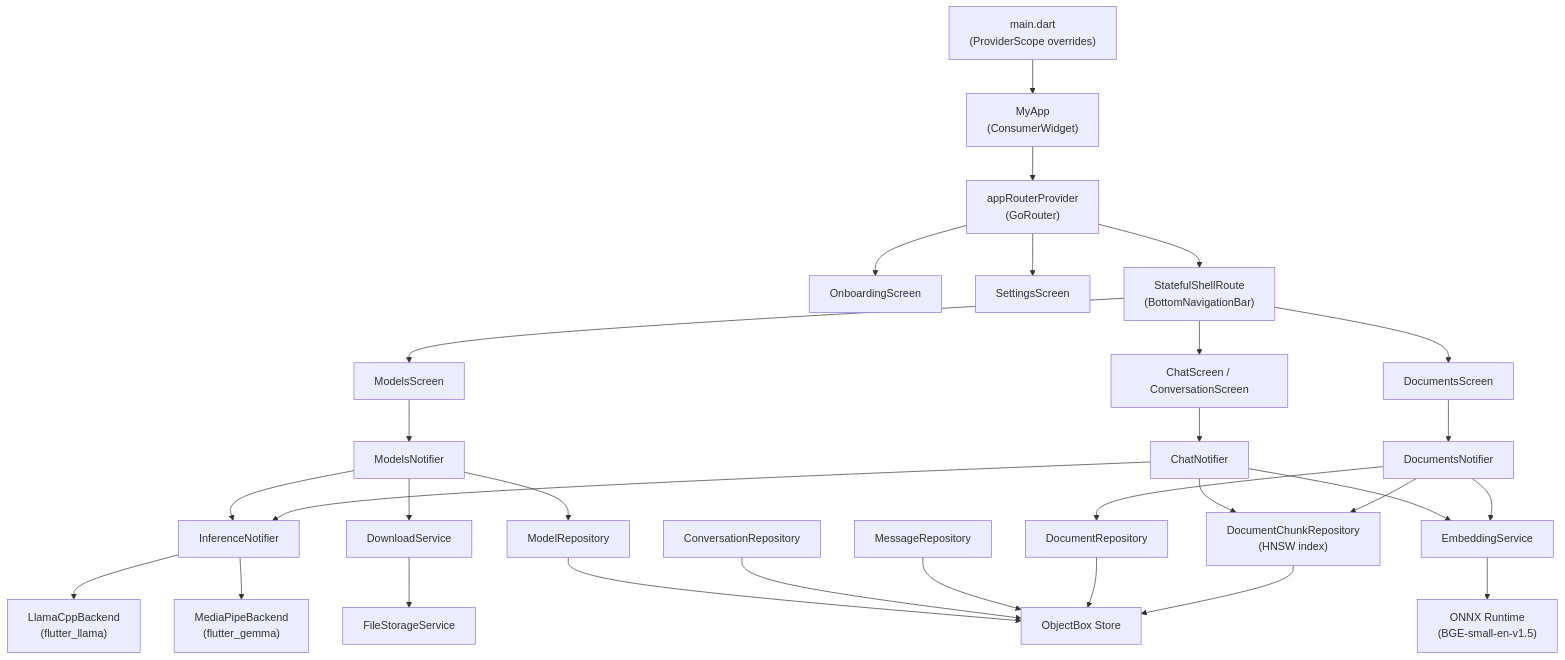
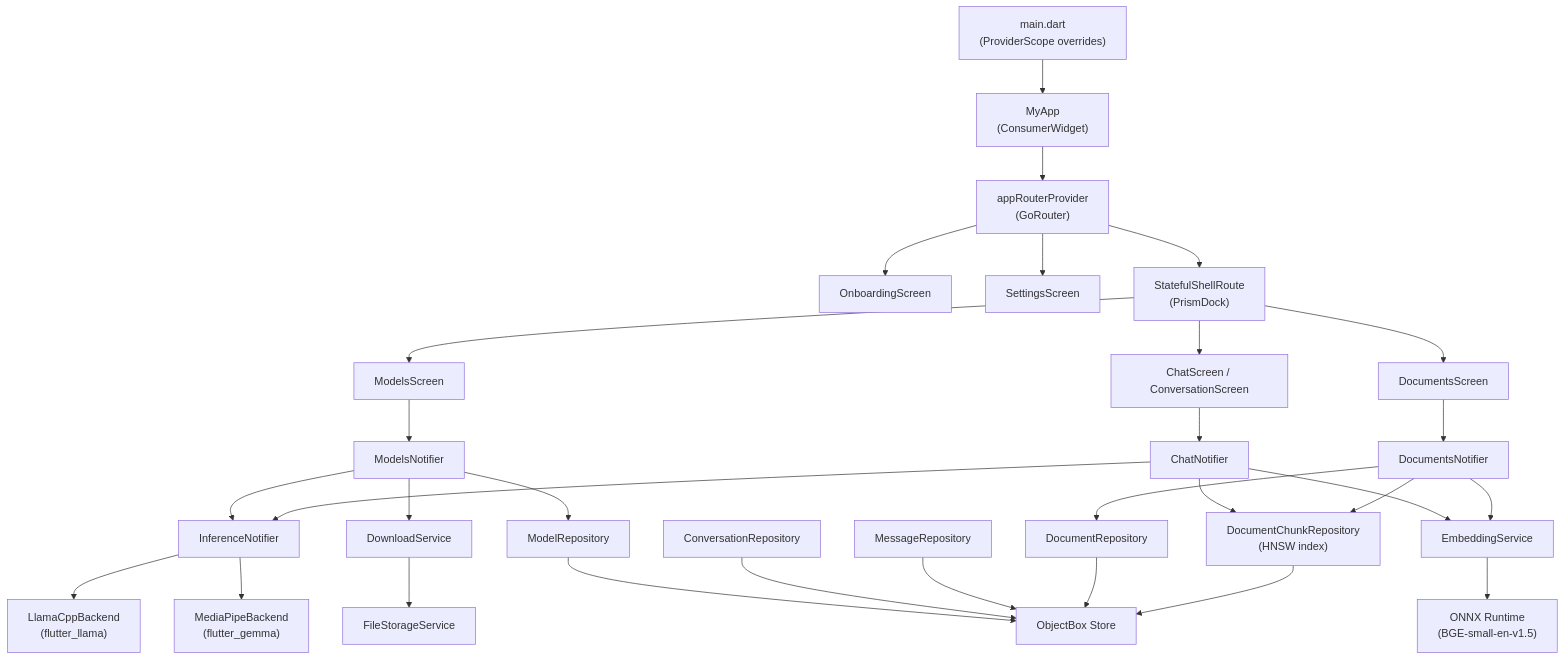
One commit to ItsPriyamSri/loxi_llm changed the first of 8 diagrams in docs/PROJECT.md. Above: the diagram before and after it, drawn with Mermaid. The commit also changed other lines of this file and 2 other files, not shown here.

First line of the commit message:
Document the Prism Relay polish pass

````diff
--- a/docs/PROJECT.md
+++ b/docs/PROJECT.md
@@ -43,65 +43,65 @@
 ```mermaid
 graph TD
     MAIN["main.dart\n(ProviderScope overrides)"]
     APP["MyApp\n(ConsumerWidget)"]
     ROUTER["appRouterProvider\n(GoRouter)"]
     ONBOARD["OnboardingScreen"]
     SETTINGS["SettingsScreen"]
-    SHELL["StatefulShellRoute\n(BottomNavigationBar)"]
+    SHELL["StatefulShellRoute\n(PrismDock)"]
     MODELS["ModelsScreen"]
     CHAT["ChatScreen / ConversationScreen"]
     DOCS["DocumentsScreen"]
 
     MODELS_N["ModelsNotifier"]
     CHAT_N["ChatNotifier"]
     DOCS_N["DocumentsNotifier"]
     INF_N["InferenceNotifier"]
     EMB_S["EmbeddingService"]
     DL_S["DownloadService"]
     FS_S["FileStorageService"]
 
     OBX["ObjectBox Store"]
     MODEL_REPO["ModelRepository"]
     CONV_REPO["ConversationRepository"]
     MSG_REPO["MessageRepository"]
     DOC_REPO["DocumentRepository"]
     CHUNK_REPO["DocumentChunkRepository\n(HNSW index)"]
 
     LLAMA["LlamaCppBackend\n(flutter_llama)"]
     MEDI["MediaPipeBackend\n(flutter_gemma)"]
     ONNX["ONNX Runtime\n(BGE-small-en-v1.5)"]
 
     MAIN --> APP
     APP --> ROUTER
     ROUTER --> ONBOARD
     ROUTER --> SETTINGS
     ROUTER --> SHELL
     SHELL --> MODELS
     SHELL --> CHAT
     SHELL --> DOCS
 
     MODELS --> MODELS_N
     CHAT --> CHAT_N
     DOCS --> DOCS_N
 
     MODELS_N --> INF_N
     MODELS_N --> DL_S
     MODELS_N --> MODEL_REPO
     CHAT_N --> INF_N
     CHAT_N --> EMB_S
     CHAT_N --> CHUNK_REPO
     DOCS_N --> EMB_S
     DOCS_N --> DOC_REPO
     DOCS_N --> CHUNK_REPO
 
     INF_N --> LLAMA
     INF_N --> MEDI
     EMB_S --> ONNX
     DL_S --> FS_S
 
     MODEL_REPO --> OBX
     CONV_REPO --> OBX
     MSG_REPO --> OBX
     DOC_REPO --> OBX
     CHUNK_REPO --> OBX
 ```
````
